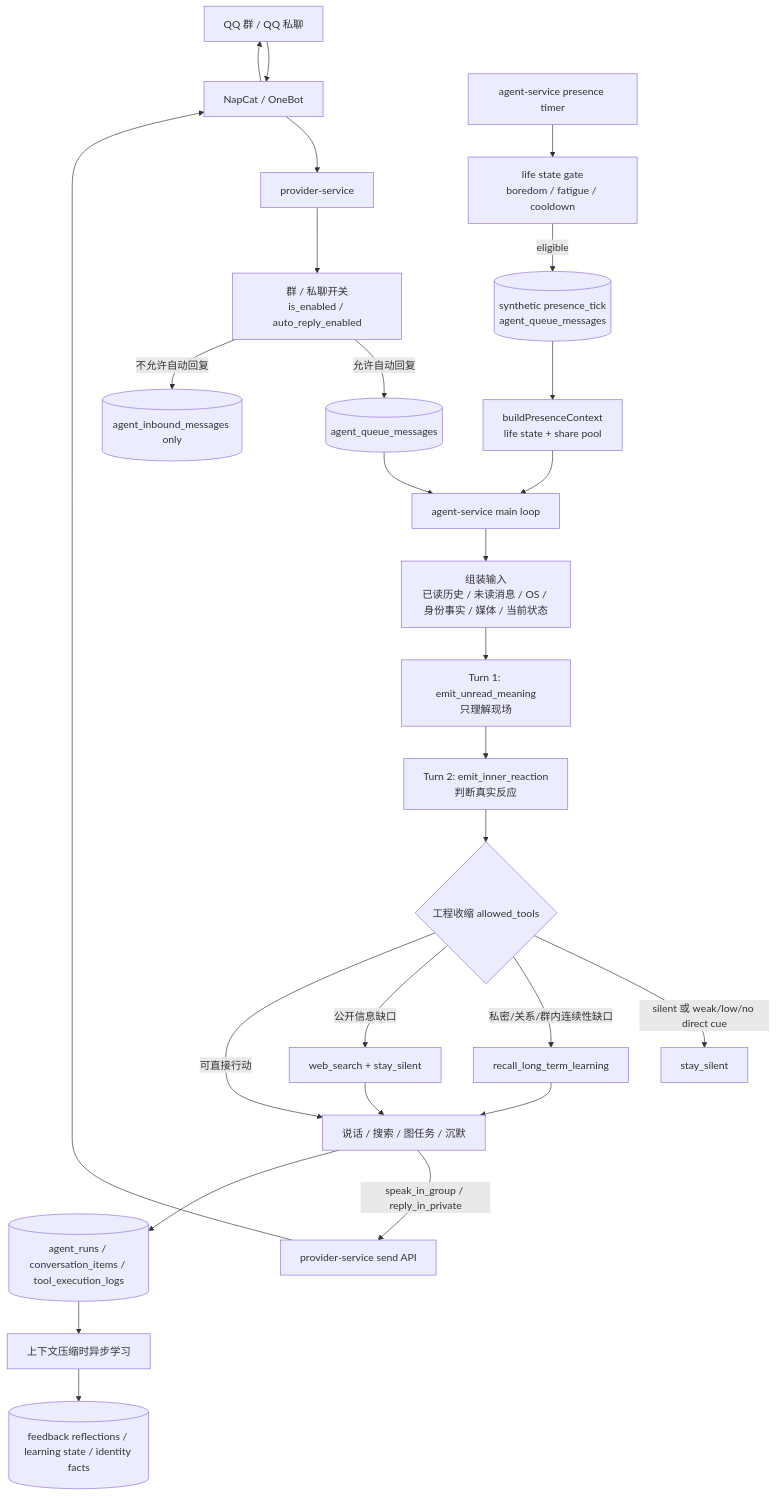
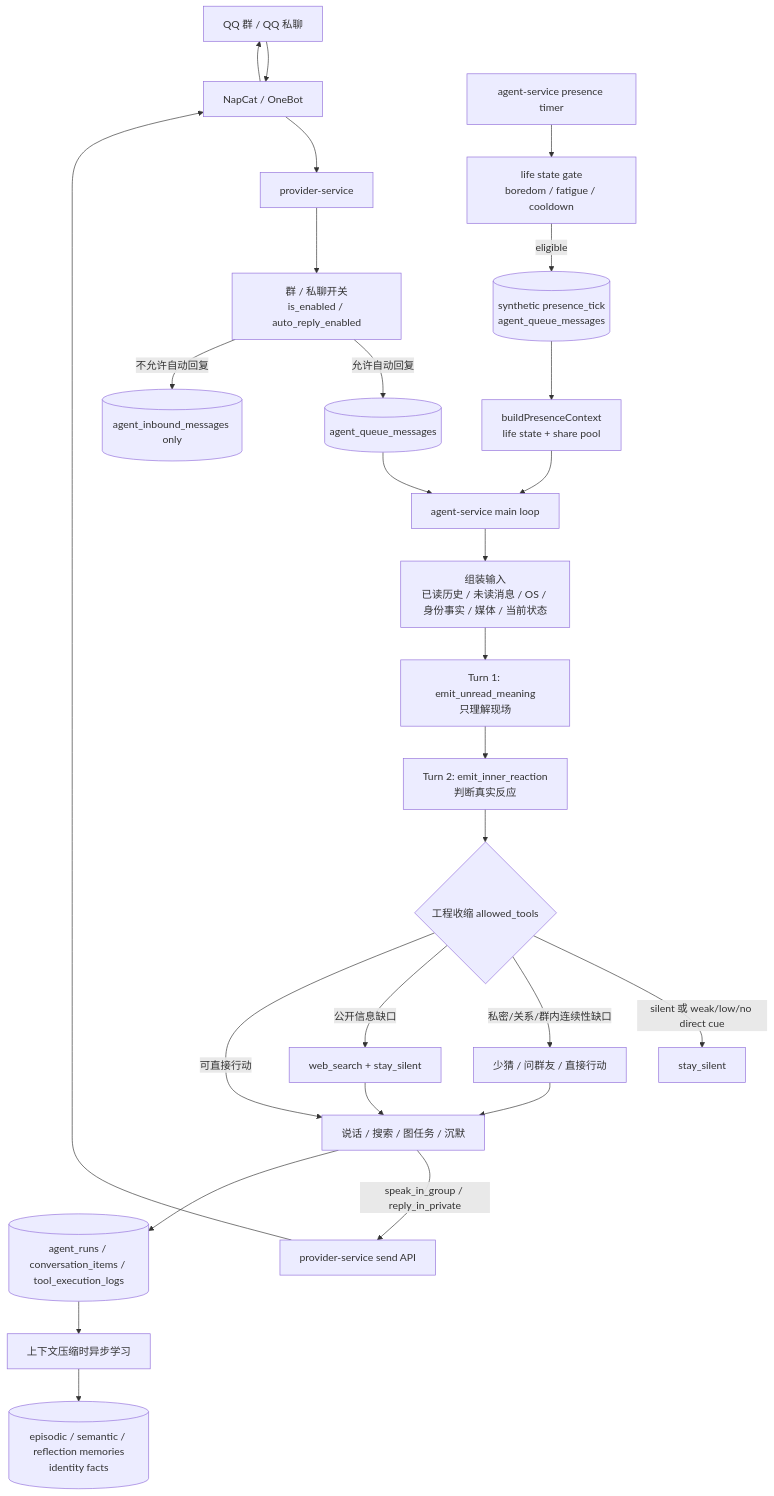
The first of 8 diagrams in docs/XIAONI_SPEAKING_FLOW.md (Hei-AI/xiaoni_cc), drawn with Mermaid before and after one commit. The commit also changed other lines of this file and 20 other files, not shown here.

````diff
--- a/docs/XIAONI_SPEAKING_FLOW.md
+++ b/docs/XIAONI_SPEAKING_FLOW.md
@@ -13,33 +13,33 @@
 ```mermaid
 flowchart TD
   QQ[QQ 群 / QQ 私聊] --> NapCat[NapCat / OneBot]
   NapCat --> Provider[provider-service]
 
   Provider --> Policy[群 / 私聊开关<br/>is_enabled / auto_reply_enabled]
   Policy -->|允许自动回复| Queue[(agent_queue_messages)]
   Policy -->|不允许自动回复| InboxOnly[(agent_inbound_messages only)]
 
   AgentTimer[agent-service presence timer] --> LifeGate[life state gate<br/>boredom / fatigue / cooldown]
   LifeGate -->|eligible| PresenceQueue[(synthetic presence_tick<br/>agent_queue_messages)]
 
   Queue --> Loop[agent-service main loop]
   PresenceQueue --> PresenceCtx[buildPresenceContext<br/>life state + share pool]
   PresenceCtx --> Loop
 
   Loop --> Context[组装输入<br/>已读历史 / 未读消息 / OS / 身份事实 / 媒体 / 当前状态]
   Context --> U1[Turn 1: emit_unread_meaning<br/>只理解现场]
   U1 --> U2[Turn 2: emit_inner_reaction<br/>判断真实反应]
   U2 --> Gate{工程收缩 allowed_tools}
   Gate -->|silent 或 weak/low/no direct cue| Silent[stay_silent]
-  Gate -->|私密/关系/群内连续性缺口| Recall[recall_long_term_learning]
+  Gate -->|私密/关系/群内连续性缺口| AskOrAct[少猜 / 问群友 / 直接行动]
   Gate -->|公开信息缺口| Search[web_search + stay_silent]
-  Recall --> Action[说话 / 搜索 / 图任务 / 沉默]
+  AskOrAct --> Action[说话 / 搜索 / 图任务 / 沉默]
   Search --> Action
   Gate -->|可直接行动| Action
   Action -->|speak_in_group / reply_in_private| ProviderSend[provider-service send API]
   ProviderSend --> NapCat --> QQ
 
   Action --> Record[(agent_runs / conversation_items / tool_execution_logs)]
   Record --> Learn[上下文压缩时异步学习]
-  Learn --> Memory[(feedback reflections / learning state / identity facts)]
+  Learn --> Memory[(episodic / semantic / reflection memories<br/>identity facts)]
 ```
````
